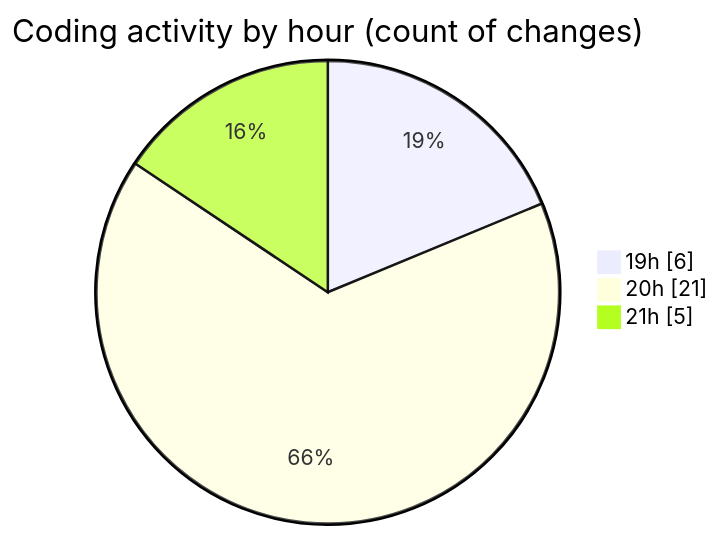
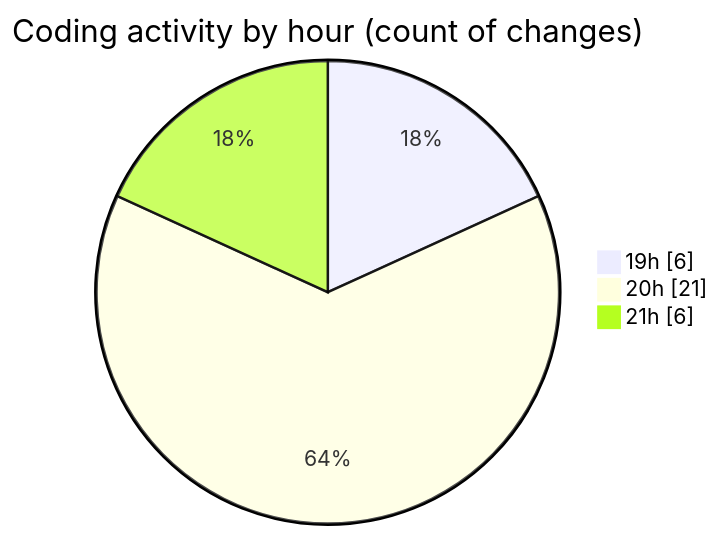
The second of 2 diagrams in 2025-04-23/heypy/README.md (Elitesun/code-tracking), drawn with Mermaid before and after one commit. The commit also changed other lines of this file and 1 other file, not shown here.

````diff
--- a/2025-04-23/heypy/README.md
+++ b/2025-04-23/heypy/README.md
@@ -37,7 +37,7 @@
 ```mermaid
 pie showData
 title Coding activity by hour (count of changes)
 "19h" : 6
 "20h" : 21
-"21h" : 5
+"21h" : 6
 ```
````
